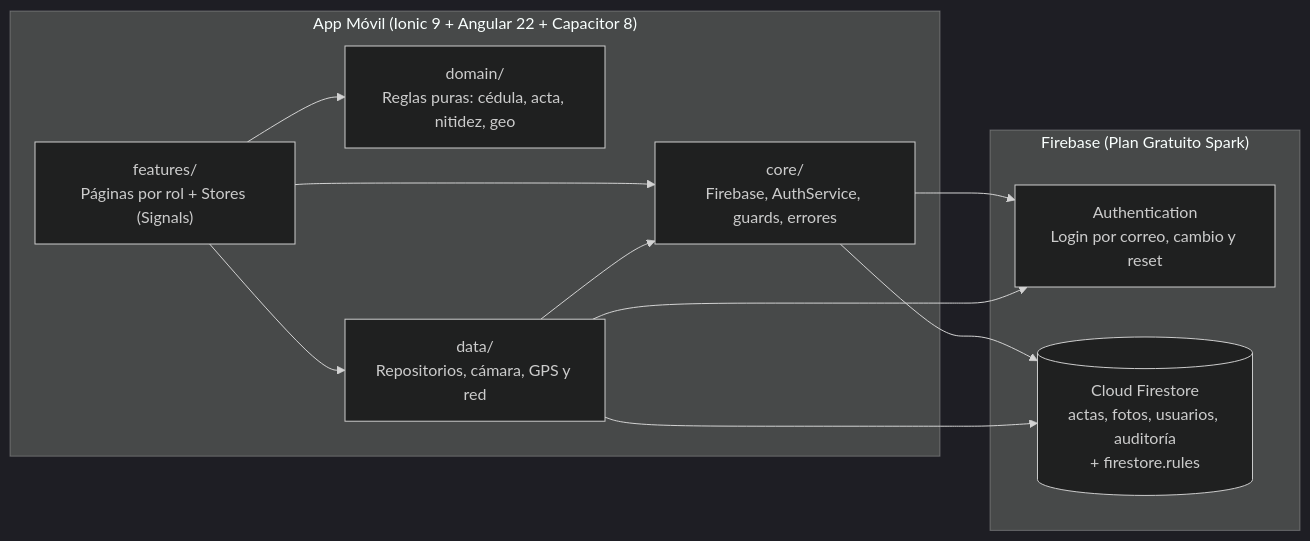
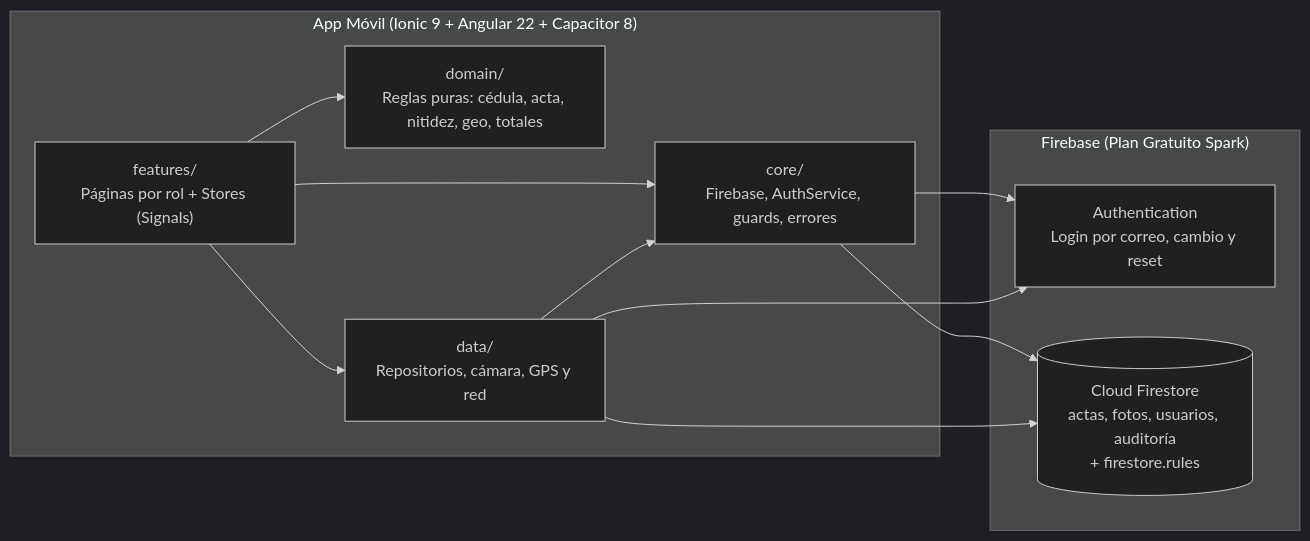
One commit to JimSul16/EleccionesEPN changed the diagram in README.md. Above: the diagram before and after it, drawn with Mermaid (dark theme). The commit also changed other lines of this file, not shown here.

````diff
--- a/README.md
+++ b/README.md
@@ -59,23 +59,23 @@
 ```mermaid
 flowchart LR
   subgraph App["App Móvil (Ionic 9 + Angular 22 + Capacitor 8)"]
     F["features/<br/>Páginas por rol + Stores (Signals)"]
-    D["domain/<br/>Reglas puras: cédula, acta, nitidez, geo"]
+    D["domain/<br/>Reglas puras: cédula, acta, nitidez, geo, totales"]
     DA["data/<br/>Repositorios, cámara, GPS y red"]
     C["core/<br/>Firebase, AuthService, guards, errores"]
     F --> D
     F --> DA
     F --> C
     DA --> C
   end
 
   subgraph Firebase["Firebase (Plan Gratuito Spark)"]
     A["Authentication<br/>Login por correo, cambio y reset"]
     FS[("Cloud Firestore<br/>actas, fotos, usuarios, auditoría<br/>+ firestore.rules")]
   end
 
   C --> A
   C --> FS
   DA --> FS
   DA --> A
 ```
````
